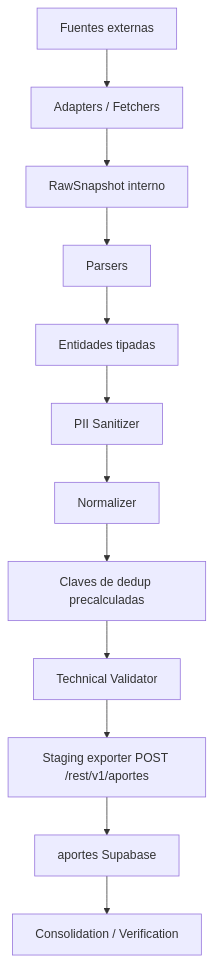
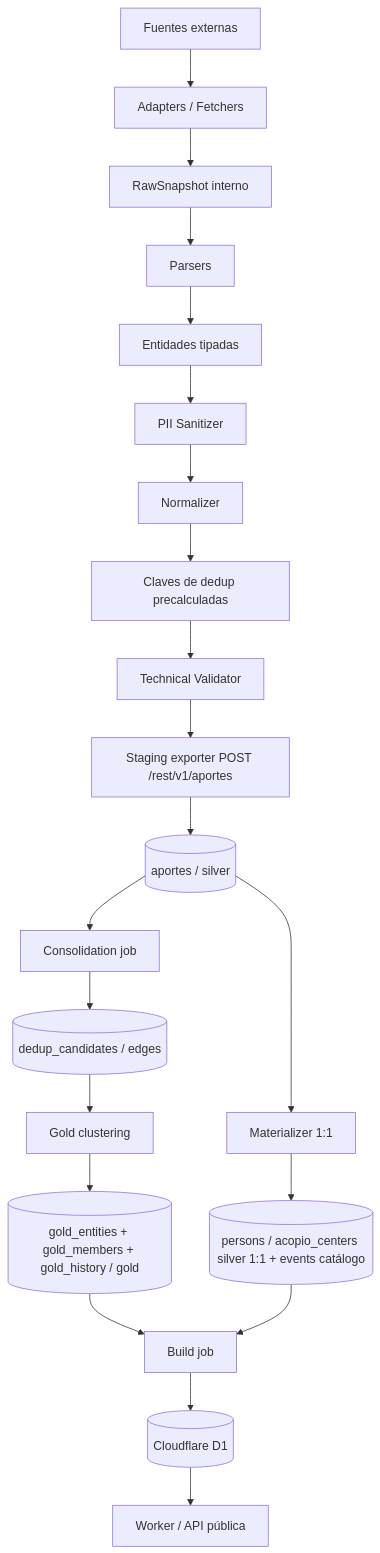
The diagram in docs/pipeline.md (DataVenezuela/VenezuelaDataCrisis), drawn with Mermaid before and after one commit. The commit also changed other lines of this file and 33 other files, not shown here.

First line of the commit message:
docs: align all project docs to canonical schema/contract/dedup trio

````diff
--- a/docs/pipeline.md
+++ b/docs/pipeline.md
@@ -115,14 +119,23 @@
 ```mermaid
 flowchart TD
     A[Fuentes externas] --> B[Adapters / Fetchers]
     B --> C[RawSnapshot interno]
     C --> D[Parsers]
     D --> E[Entidades tipadas]
     E --> F[PII Sanitizer]
     F --> G[Normalizer]
     G --> H[Claves de dedup precalculadas]
     H --> I[Technical Validator]
     I --> J[Staging exporter POST /rest/v1/aportes]
-    J --> K[aportes Supabase]
-    K --> L[Consolidation / Verification]
+    J --> K[(aportes / silver)]
+    K --> M[Materializer 1:1]
+    M --> N[(persons / acopio_centers silver 1:1 + events catálogo)]
+    K --> O[Consolidation job]
+    O --> P[(dedup_candidates / edges)]
+    P --> Q[Gold clustering]
+    Q --> R[(gold_entities + gold_members + gold_history / gold)]
+    R --> S[Build job]
+    N --> S
+    S --> T[(Cloudflare D1)]
+    T --> U[Worker / API pública]
 ```
````
